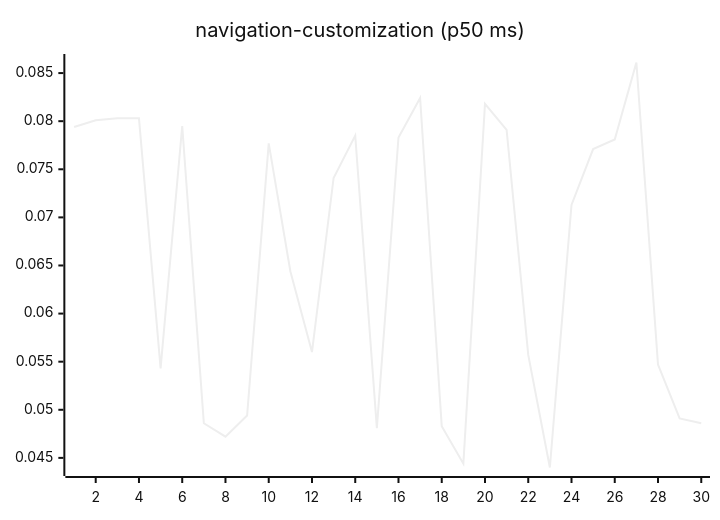
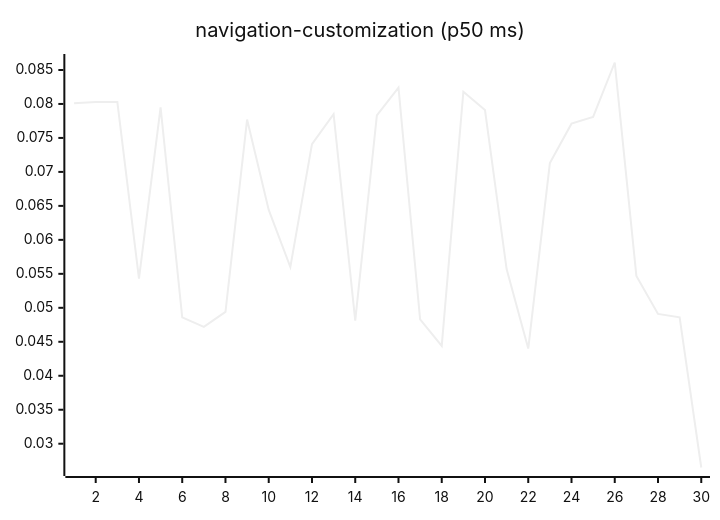
Diagram 15 of 27 in README.md (josha/Facet), drawn with Mermaid (neutral theme) before and after one commit. The commit also changed other lines of this file and 2 other files, not shown here.

````diff
--- a/README.md
+++ b/README.md
@@ -161,6 +161,6 @@
 ```mermaid
 xychart-beta
     title "navigation-customization (p50 ms)"
     x-axis 1 --> 30
-    line [0.0794, 0.0801, 0.0803, 0.0803, 0.0543, 0.0795, 0.0486, 0.0472, 0.0494, 0.0777, 0.0644, 0.0560, 0.0741, 0.0785, 0.0481, 0.0783, 0.0824, 0.0483, 0.0444, 0.0818, 0.0791, 0.0557, 0.0440, 0.0713, 0.0771, 0.0781, 0.0861, 0.0547, 0.0491, 0.0486]
+    line [0.0801, 0.0803, 0.0803, 0.0543, 0.0795, 0.0486, 0.0472, 0.0494, 0.0777, 0.0644, 0.0560, 0.0741, 0.0785, 0.0481, 0.0783, 0.0824, 0.0483, 0.0444, 0.0818, 0.0791, 0.0557, 0.0440, 0.0713, 0.0771, 0.0781, 0.0861, 0.0547, 0.0491, 0.0486, 0.0265]
 ```
````
